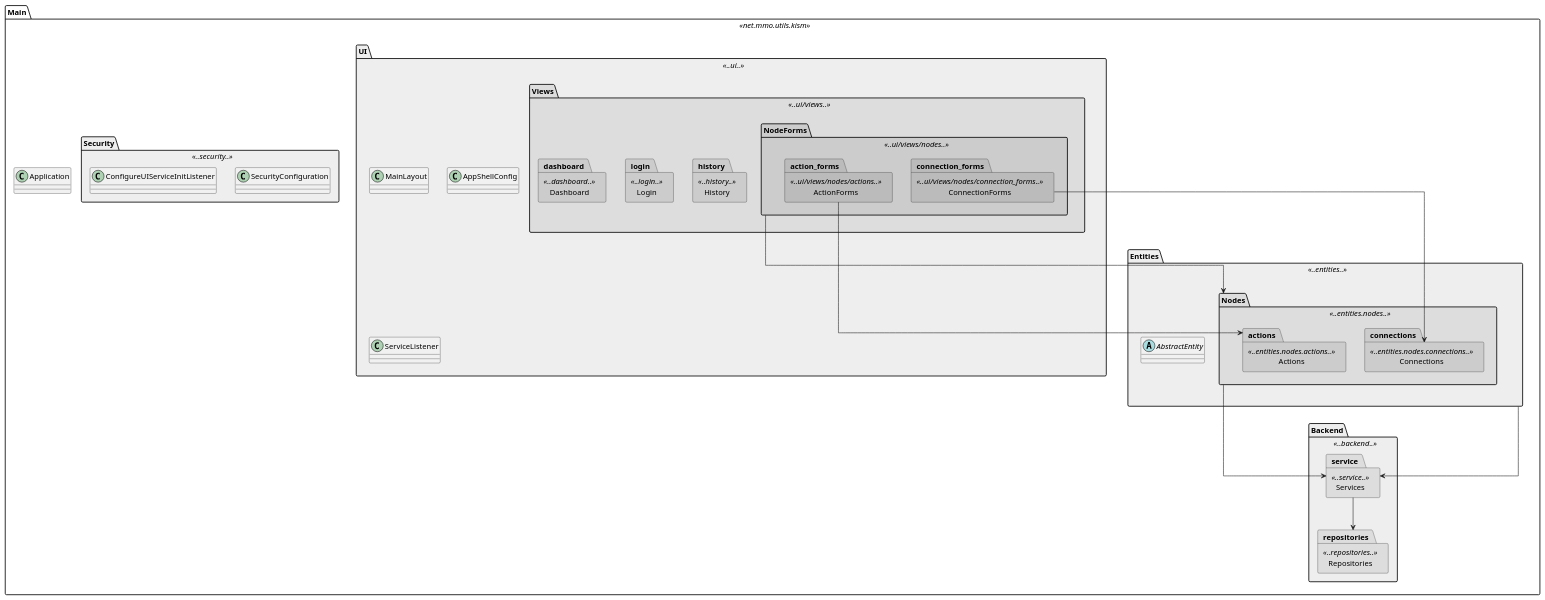
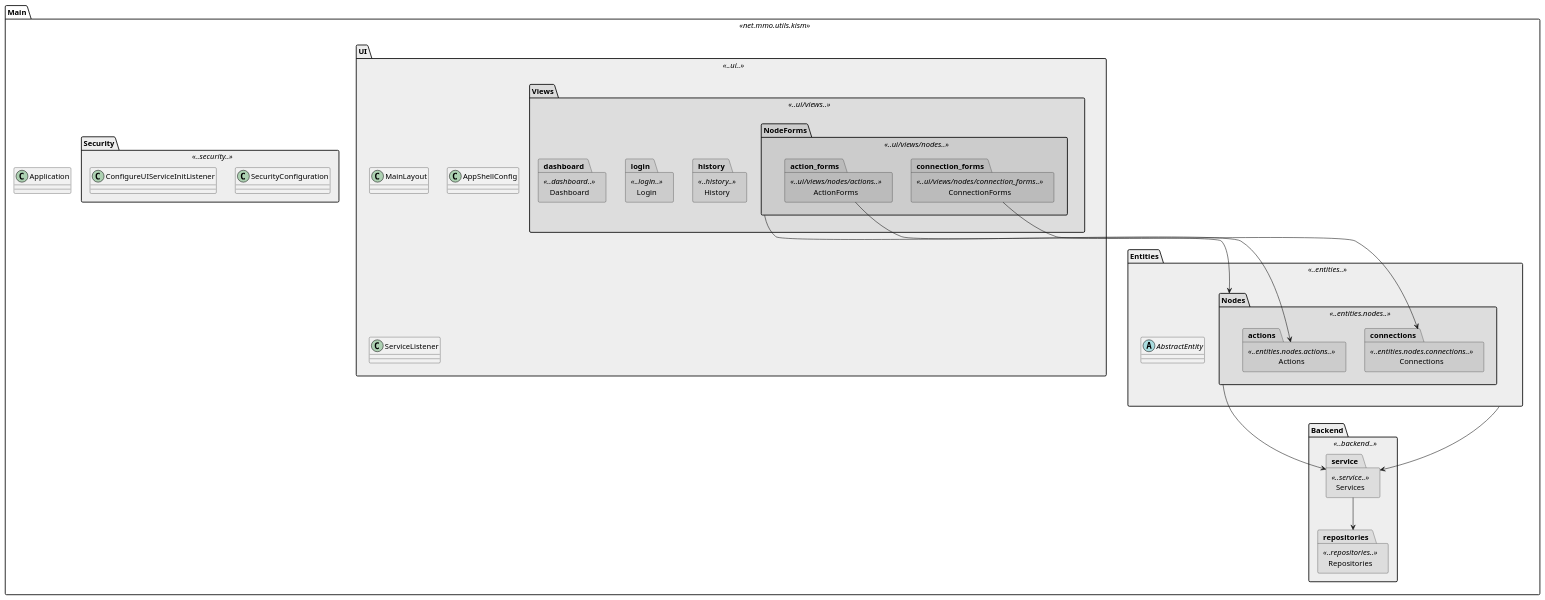
Before and after one commit to mmoser18/kismon: the diagram in docs/kismon.puml, drawn with PlantUML.

Commit message:
connections back to normal

```diff
--- a/docs/kismon.puml
+++ b/docs/kismon.puml
@@ -1,70 +1,67 @@
 @startuml
-
-'skinparam linetype polyline
-skinparam linetype ortho
 
 package "Main" <<net.mmo.utils.kism>> as main [[../src/main/java/net/mmo/utils/kism]] {
 
 	class Application [[../src/main/java/net/mmo/utils/kism/Application.java]]
 
 	package "UI" <<..ui..>> as ui [[../src/main/java/net/mmo/utils/kism/ui]] #EEEEEE {
 
 		package "Views" <<..ui/views..>> as views [[../src/main/java/net/mmo/utils/kism/ui/views]] #DDDDDD {
 			package "NodeForms" <<..ui/views/nodes..>> as node_forms [[../src/main/java/net/mmo/utils/kism/ui/views/nodes]] #CCCCCC {
 				package "ConnectionForms" <<..ui/views/nodes/connection_forms..>> as connection_forms [[../src/main/java/net/mmo/utils/kism/ui/views/nodes/connection_forms]] #BBBBBB {
 				}
 				package "ActionForms" <<..ui/views/nodes/actions..>> as action_forms [[../src/main/java/net/mmo/utils/kism/ui/views/nodes/actions]] #BBBBBB {
 				}
 			}
 			package "History" <<..history..>> as history [[../src/main/java/net/mmo/utils/kism/ui/views/history]] #CCCCCC {
 			}
 			package "Login" <<..login..>> as login [[../src/main/java/net/mmo/utils/kism/ui/views/login]] #CCCCCC {
 			}
 			package "Dashboard" <<..dashboard..>> as dashboard [[../src/main/java/net/mmo/utils/kism/ui/views/dashboard]] #CCCCCC {
 			}
 		}
 		
 		class MainLayout [[../src/main/java/net/mmo/utils/kism/ui/MainLayout.java]]
 		class AppShellConfig [[../src/main/java/net/mmo/utils/kism/ui/AppShellConfig.java]]
 		class ServiceListener [[../src/main/java/net/mmo/utils/kism/ui/ServiceListener.java]]
 	}
 
 	package "Entities" <<..entities..>> as entities #EEEEEE {
 
 		abstract class AbstractEntity [[../src/main/java/net/mmo/utils/kism/entities/AbstractEntity.java]]
 		
 		package "Nodes" <<..entities.nodes..>> as nodes [[../src/main/java/net/mmo/utils/kism/entities/nodes]] #DDDDDD {
 			package "Connections" <<..entities.nodes.connections..>> as connections [[../src/main/java/net/mmo/utils/kism/entities/nodes/connections]] #CCCCCC {
 			}
 			package "Actions" <<..entities.nodes.actions..>> as actions [[../src/main/java/net/mmo/utils/kism/entities/nodes/actions]] #CCCCCC {
 			}
 		}
 	}
 
 	package "Backend" <<..backend..>> as backend #EEEEEE {
 		package "Services" <<..service..>> as service #DDDDDD {
 		}
 		package "Repositories" <<..repositories..>> as repositories #DDDDDD {
 		}
 	}
 
 	package "Security" <<..security..>> as security #EEEEEE {
 		class SecurityConfiguration [[../src/main/java/net/mmo/utils/kism/security/SecurityConfiguration.java]]
 		class ConfigureUIServiceInitListener [[../src/main/java/net/mmo/utils/kism/security/ConfigureUIServiceInitListener.java]]
 	}
 
 	ui -[hidden]-> entities
 
 	nodes --> service
 	
 	entities --> service
 	
 	service --> repositories
 	
 	node_forms --> nodes
 	connection_forms --> connections
 	action_forms --> actions
 
 }
 
 @enduml
```
